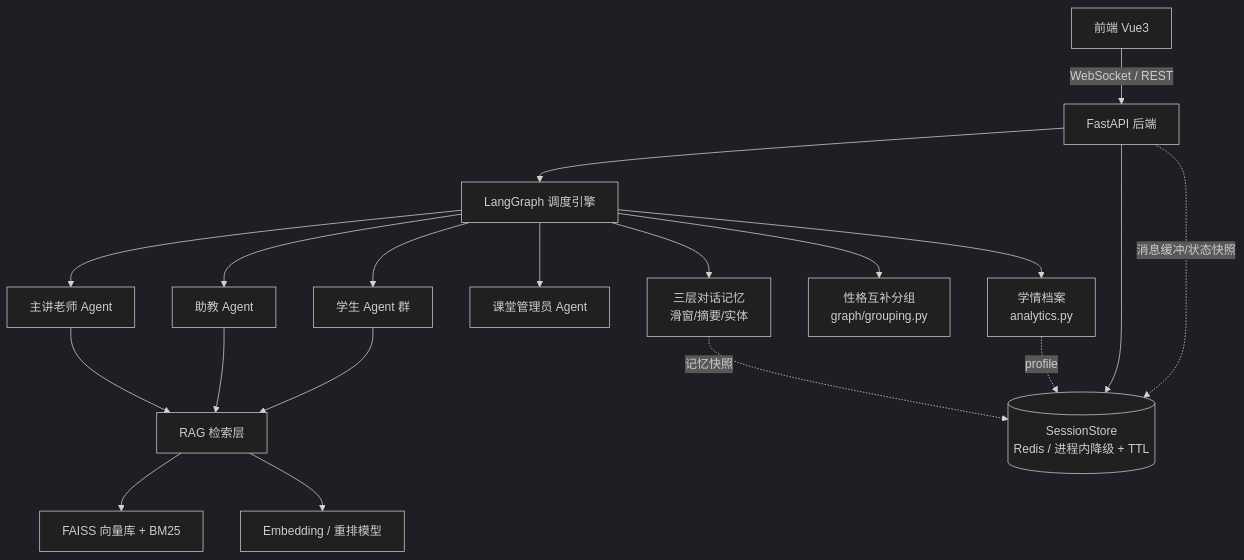
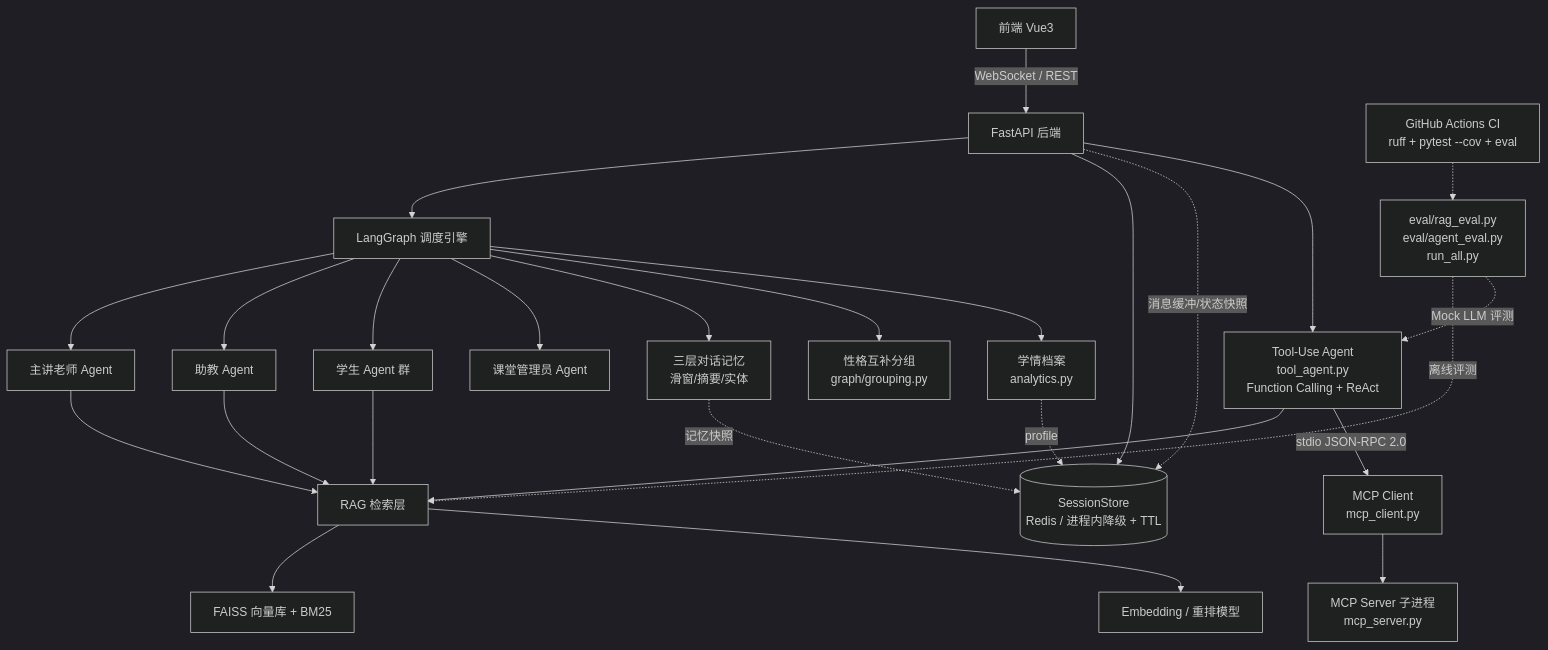
One commit to lz204/ai-classroom changed the first of 11 diagrams in AI_Classroom_多智能体互动教学课堂_项目文档.md. Above: the diagram before and after it, drawn with Mermaid (dark theme). The commit also changed other lines of this file and 2 other files, not shown here.

First line of the commit message:
docs: P2 最终同步（Tool-Use Agent / MCP / 评测体系 / CI + 根 README）

````diff
--- a/AI_Classroom_多智能体互动教学课堂_项目文档.md
+++ b/AI_Classroom_多智能体互动教学课堂_项目文档.md
@@ -116,21 +122,28 @@
 ```mermaid
 graph TD
     A[前端 Vue3] -->|WebSocket / REST| B[FastAPI 后端]
     B --> C[LangGraph 调度引擎]
     C --> D[主讲老师 Agent]
     C --> E[助教 Agent]
     C --> F[学生 Agent 群]
     C --> G[课堂管理员 Agent]
     D --> H[RAG 检索层]
     E --> H
     F --> H
     H --> I[FAISS 向量库 + BM25]
     H --> J[Embedding / 重排模型]
     C --> K[三层对话记忆<br/>滑窗/摘要/实体]
     C --> L[性格互补分组<br/>graph/grouping.py]
     C --> M[学情档案<br/>analytics.py]
     B --> N[(SessionStore<br/>Redis / 进程内降级 + TTL)]
     K -.记忆快照.-> N
     M -.profile.-> N
     B -.消息缓冲/状态快照.-> N
+    B --> O[Tool-Use Agent<br/>tool_agent.py<br/>Function Calling + ReAct]
+    O --> H
+    O -->|stdio JSON-RPC 2.0| P[MCP Client<br/>mcp_client.py]
+    P --> Q[MCP Server 子进程<br/>mcp_server.py]
+    R1[eval/rag_eval.py<br/>eval/agent_eval.py<br/>run_all.py] -.离线评测.-> H
+    R1 -.Mock LLM 评测.-> O
+    S[GitHub Actions CI<br/>ruff + pytest --cov + eval] -.-> R1
 ```
````
